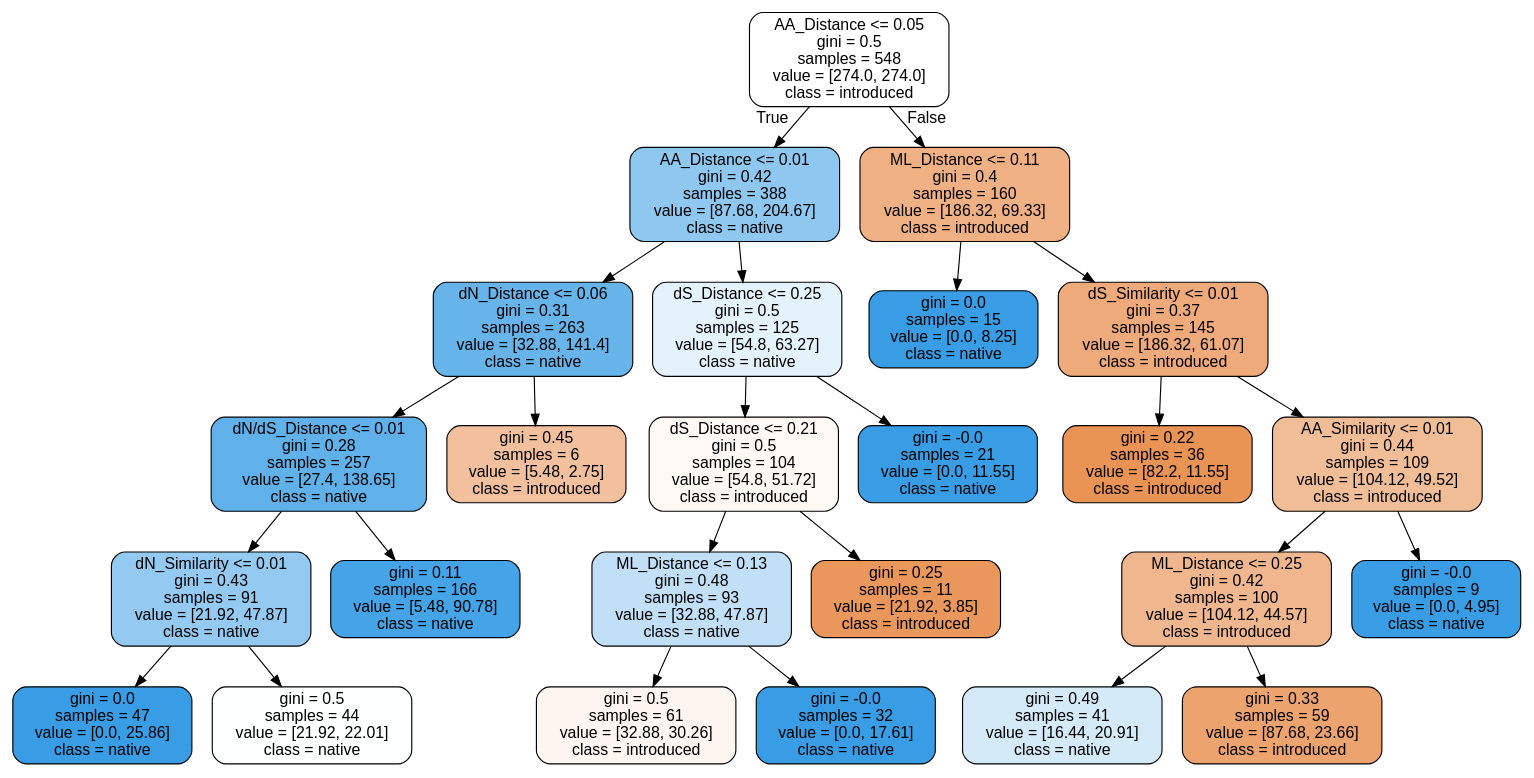
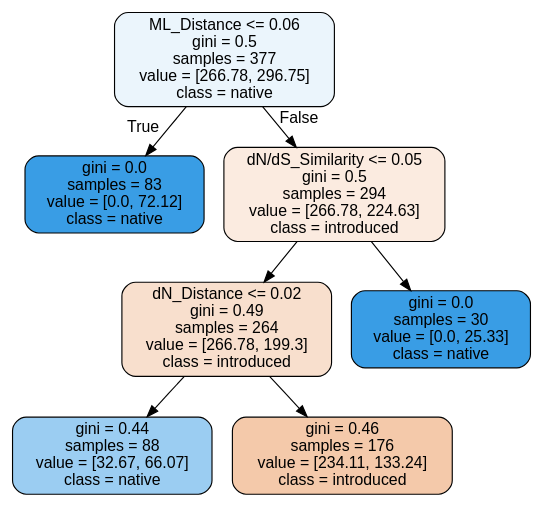
One commit to tokebe/niclassify changed the diagram in output/tree.dot. Above: the diagram before and after it, drawn with Graphviz. The commit also changed 12 other files, not shown here.

```diff
--- a/output/tree.dot
+++ b/output/tree.dot
@@ -1,53 +1,17 @@
 digraph Tree {
 node [shape=box, style="filled, rounded", color="black", fontname=helvetica] ;
 edge [fontname=helvetica] ;
-0 [label="AA_Distance <= 0.05\ngini = 0.5\nsamples = 548\nvalue = [274.0, 274.0]\nclass = introduced", fillcolor="#ffffff"] ;
-1 [label="AA_Distance <= 0.01\ngini = 0.42\nsamples = 388\nvalue = [87.68, 204.67]\nclass = native", fillcolor="#8ec7f0"] ;
+0 [label="ML_Distance <= 0.06\ngini = 0.5\nsamples = 377\nvalue = [266.78, 296.75]\nclass = native", fillcolor="#ebf5fc"] ;
+1 [label="gini = 0.0\nsamples = 83\nvalue = [0.0, 72.12]\nclass = native", fillcolor="#399de5"] ;
 0 -> 1 [labeldistance=2.5, labelangle=45, headlabel="True"] ;
-3 [label="dN_Distance <= 0.06\ngini = 0.31\nsamples = 263\nvalue = [32.88, 141.4]\nclass = native", fillcolor="#67b4eb"] ;
-1 -> 3 ;
-19 [label="dN/dS_Distance <= 0.01\ngini = 0.28\nsamples = 257\nvalue = [27.4, 138.65]\nclass = native", fillcolor="#60b0ea"] ;
-3 -> 19 ;
-21 [label="dN_Similarity <= 0.01\ngini = 0.43\nsamples = 91\nvalue = [21.92, 47.87]\nclass = native", fillcolor="#94caf1"] ;
-19 -> 21 ;
-23 [label="gini = 0.0\nsamples = 47\nvalue = [0.0, 25.86]\nclass = native", fillcolor="#399de5"] ;
-21 -> 23 ;
-24 [label="gini = 0.5\nsamples = 44\nvalue = [21.92, 22.01]\nclass = native", fillcolor="#feffff"] ;
-21 -> 24 ;
-22 [label="gini = 0.11\nsamples = 166\nvalue = [5.48, 90.78]\nclass = native", fillcolor="#45a3e7"] ;
-19 -> 22 ;
-20 [label="gini = 0.45\nsamples = 6\nvalue = [5.48, 2.75]\nclass = introduced", fillcolor="#f2c09c"] ;
-3 -> 20 ;
-4 [label="dS_Distance <= 0.25\ngini = 0.5\nsamples = 125\nvalue = [54.8, 63.27]\nclass = native", fillcolor="#e4f2fc"] ;
-1 -> 4 ;
-7 [label="dS_Distance <= 0.21\ngini = 0.5\nsamples = 104\nvalue = [54.8, 51.72]\nclass = introduced", fillcolor="#fef8f4"] ;
-4 -> 7 ;
-9 [label="ML_Distance <= 0.13\ngini = 0.48\nsamples = 93\nvalue = [32.88, 47.87]\nclass = native", fillcolor="#c1e0f7"] ;
-7 -> 9 ;
-11 [label="gini = 0.5\nsamples = 61\nvalue = [32.88, 30.26]\nclass = introduced", fillcolor="#fdf5ef"] ;
-9 -> 11 ;
-12 [label="gini = -0.0\nsamples = 32\nvalue = [0.0, 17.61]\nclass = native", fillcolor="#399de5"] ;
-9 -> 12 ;
-10 [label="gini = 0.25\nsamples = 11\nvalue = [21.92, 3.85]\nclass = introduced", fillcolor="#ea975c"] ;
-7 -> 10 ;
-8 [label="gini = -0.0\nsamples = 21\nvalue = [0.0, 11.55]\nclass = native", fillcolor="#399de5"] ;
-4 -> 8 ;
-2 [label="ML_Distance <= 0.11\ngini = 0.4\nsamples = 160\nvalue = [186.32, 69.33]\nclass = introduced", fillcolor="#efb083"] ;
+2 [label="dN/dS_Similarity <= 0.05\ngini = 0.5\nsamples = 294\nvalue = [266.78, 224.63]\nclass = introduced", fillcolor="#fbebe0"] ;
 0 -> 2 [labeldistance=2.5, labelangle=-45, headlabel="False"] ;
-5 [label="gini = 0.0\nsamples = 15\nvalue = [0.0, 8.25]\nclass = native", fillcolor="#399de5"] ;
-2 -> 5 ;
-6 [label="dS_Similarity <= 0.01\ngini = 0.37\nsamples = 145\nvalue = [186.32, 61.07]\nclass = introduced", fillcolor="#eeaa7a"] ;
-2 -> 6 ;
-13 [label="gini = 0.22\nsamples = 36\nvalue = [82.2, 11.55]\nclass = introduced", fillcolor="#e99355"] ;
-6 -> 13 ;
-14 [label="AA_Similarity <= 0.01\ngini = 0.44\nsamples = 109\nvalue = [104.12, 49.52]\nclass = introduced", fillcolor="#f1bd97"] ;
-6 -> 14 ;
-15 [label="ML_Distance <= 0.25\ngini = 0.42\nsamples = 100\nvalue = [104.12, 44.57]\nclass = introduced", fillcolor="#f0b78e"] ;
-14 -> 15 ;
-17 [label="gini = 0.49\nsamples = 41\nvalue = [16.44, 20.91]\nclass = native", fillcolor="#d5eaf9"] ;
-15 -> 17 ;
-18 [label="gini = 0.33\nsamples = 59\nvalue = [87.68, 23.66]\nclass = introduced", fillcolor="#eca36e"] ;
-15 -> 18 ;
-16 [label="gini = -0.0\nsamples = 9\nvalue = [0.0, 4.95]\nclass = native", fillcolor="#399de5"] ;
-14 -> 16 ;
+3 [label="dN_Distance <= 0.02\ngini = 0.49\nsamples = 264\nvalue = [266.78, 199.3]\nclass = introduced", fillcolor="#f8dfcd"] ;
+2 -> 3 ;
+5 [label="gini = 0.44\nsamples = 88\nvalue = [32.67, 66.07]\nclass = native", fillcolor="#9bcdf2"] ;
+3 -> 5 ;
+6 [label="gini = 0.46\nsamples = 176\nvalue = [234.11, 133.24]\nclass = introduced", fillcolor="#f4c9aa"] ;
+3 -> 6 ;
+4 [label="gini = 0.0\nsamples = 30\nvalue = [0.0, 25.33]\nclass = native", fillcolor="#399de5"] ;
+2 -> 4 ;
 }
```
